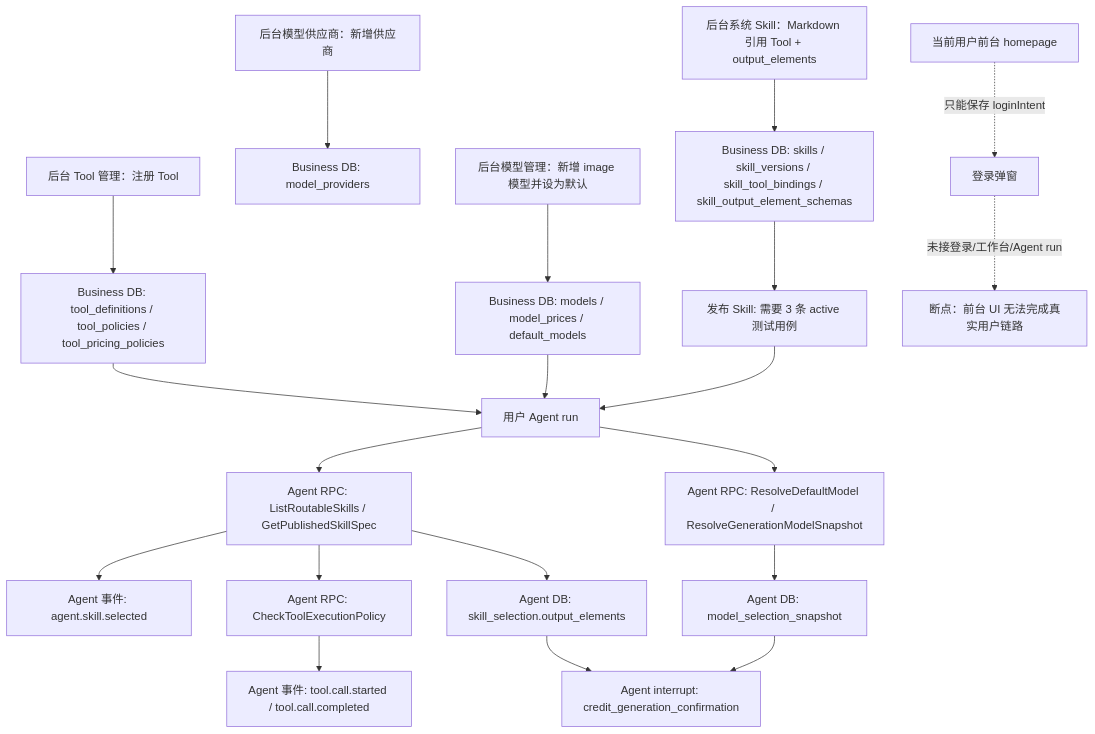
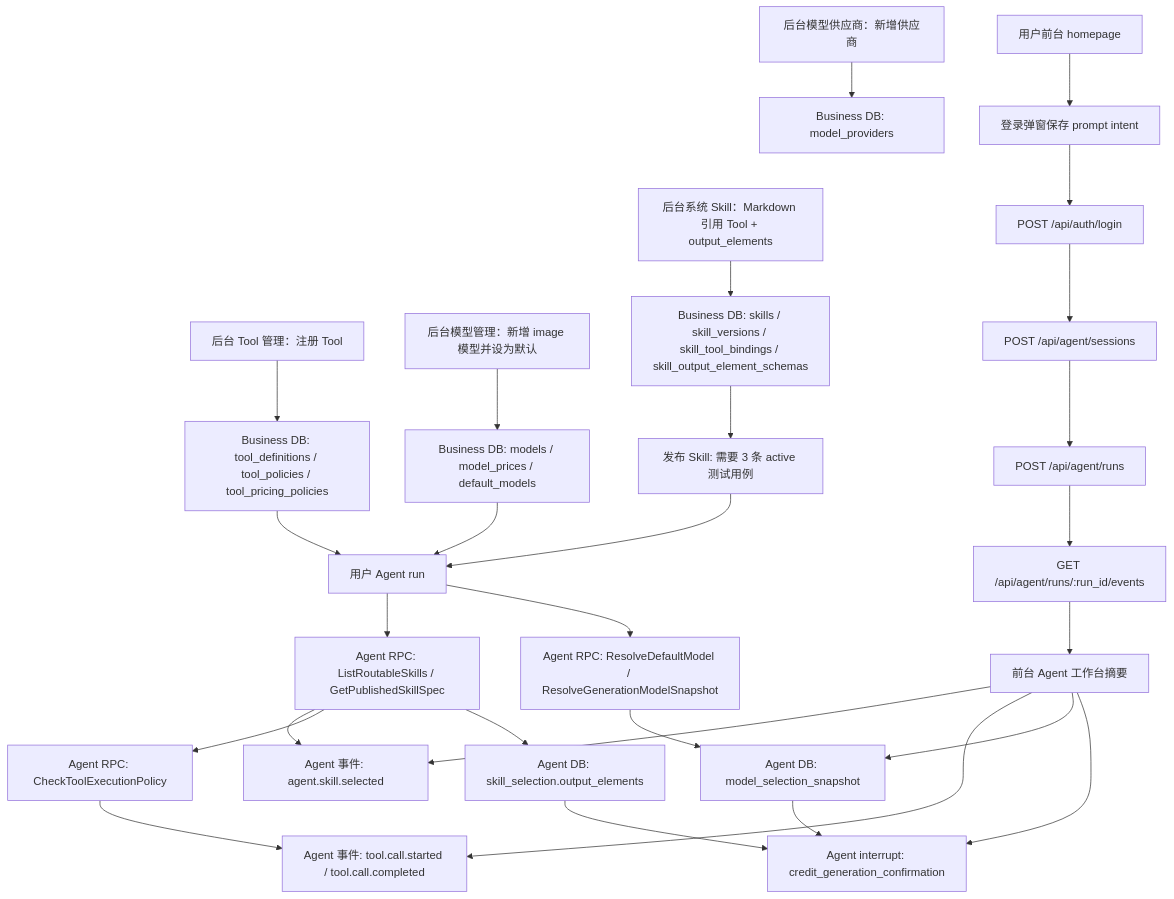
Before and after one commit to FigoGoo/Dora-Agent: the diagram in tests/reports/admin-agent-full-flow-2026-06-30.md, drawn with Mermaid. The commit also changed other lines of this file and 4 other files, not shown here.

````diff
--- a/tests/reports/admin-agent-full-flow-2026-06-30.md
+++ b/tests/reports/admin-agent-full-flow-2026-06-30.md
@@ -30,22 +30,30 @@
 ```mermaid
 flowchart TD
   A["后台 Tool 管理：注册 Tool"] --> B["Business DB: tool_definitions / tool_policies / tool_pricing_policies"]
   C["后台模型供应商：新增供应商"] --> D["Business DB: model_providers"]
   E["后台模型管理：新增 image 模型并设为默认"] --> F["Business DB: models / model_prices / default_models"]
   G["后台系统 Skill：Markdown 引用 Tool + output_elements"] --> H["Business DB: skills / skill_versions / skill_tool_bindings / skill_output_element_schemas"]
   H --> I["发布 Skill: 需要 3 条 active 测试用例"]
   B --> J["用户 Agent run"]
   F --> J
   I --> J
   J --> K["Agent RPC: ListRoutableSkills / GetPublishedSkillSpec"]
   K --> L["Agent 事件: agent.skill.selected"]
   K --> M["Agent RPC: CheckToolExecutionPolicy"]
   M --> N["Agent 事件: tool.call.started / tool.call.completed"]
   J --> O["Agent RPC: ResolveDefaultModel / ResolveGenerationModelSnapshot"]
   O --> P["Agent DB: model_selection_snapshot"]
   K --> Q["Agent DB: skill_selection.output_elements"]
   P --> R["Agent interrupt: credit_generation_confirmation"]
   Q --> R
-  S["当前用户前台 homepage"] -. "只能保存 loginIntent" .-> T["登录弹窗"]
-  T -. "未接登录/工作台/Agent run" .-> U["断点：前台 UI 无法完成真实用户链路"]
+  S["用户前台 homepage"] --> T["登录弹窗保存 prompt intent"]
+  T --> V["POST /api/auth/login"]
+  V --> W["POST /api/agent/sessions"]
+  W --> X["POST /api/agent/runs"]
+  X --> Y["GET /api/agent/runs/:run_id/events"]
+  Y --> Z["前台 Agent 工作台摘要"]
+  Z --> L
+  Z --> N
+  Z --> P
+  Z --> R
 ```
````
